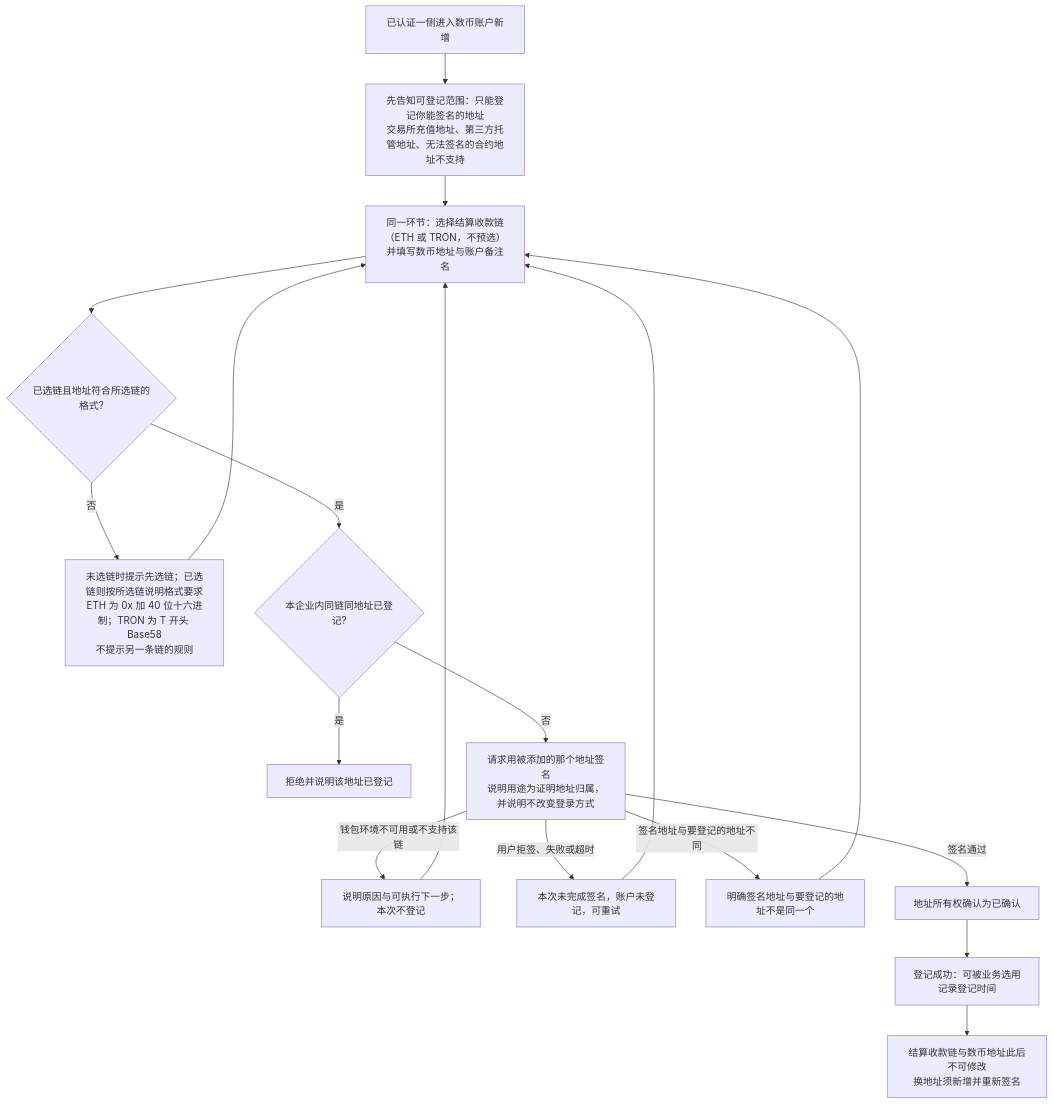
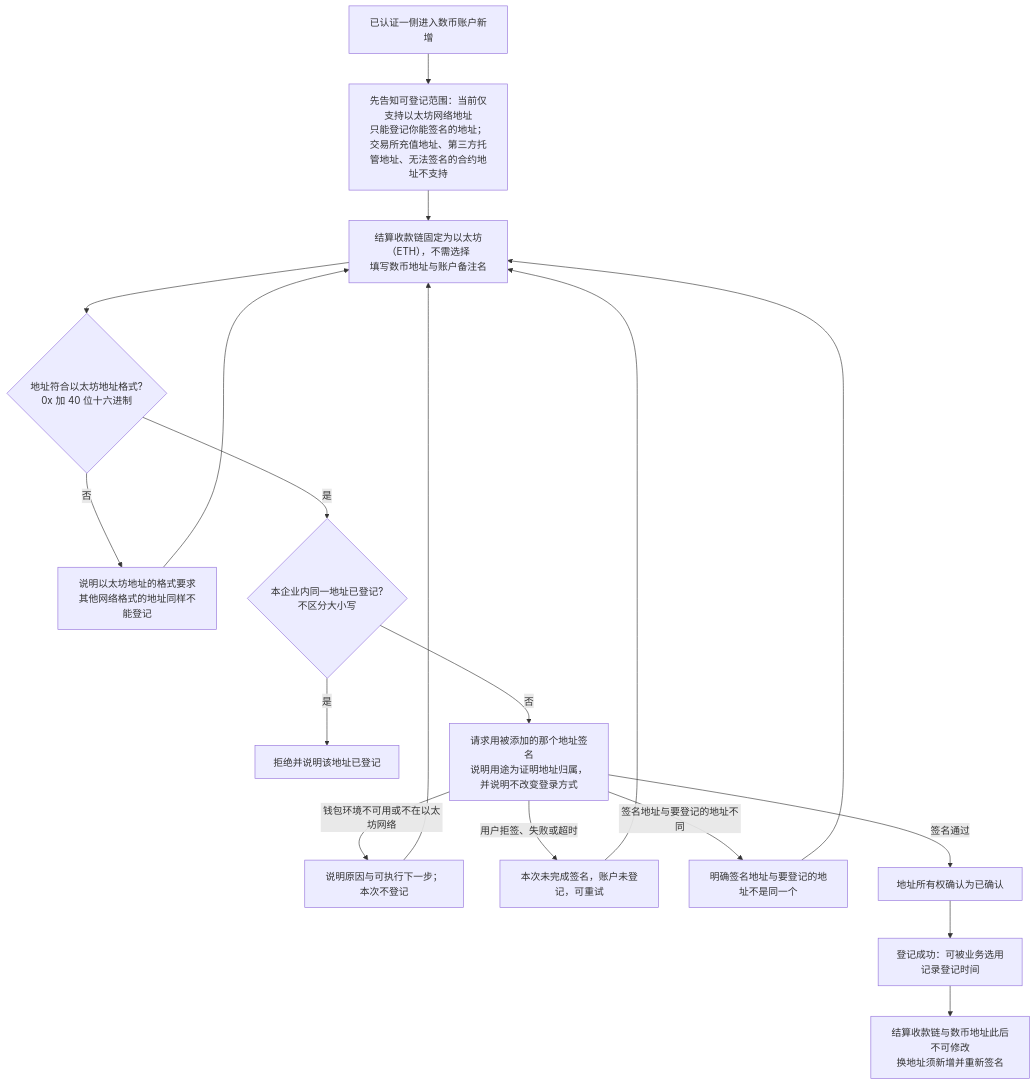
One commit to wxblockchain/Chain-Financing changed the third of 7 diagrams in lending-platform/PRD/面客端/03-企业账户/02-企业账户-流程图与状态机.md. Above: the diagram before and after it, drawn with Mermaid. The commit also changed other lines of this file and 4 other files, not shown here.

````diff
--- a/lending-platform/PRD/面客端/03-企业账户/02-企业账户-流程图与状态机.md
+++ b/lending-platform/PRD/面客端/03-企业账户/02-企业账户-流程图与状态机.md
@@ -74,20 +74,20 @@
 ```mermaid
 flowchart TD
-    A[已认证一侧进入数币账户新增] --> B[先告知可登记范围：只能登记你能签名的地址<br/>交易所充值地址、第三方托管地址、无法签名的合约地址不支持]
-    B --> D[同一环节：选择结算收款链（ETH 或 TRON，不预选）<br/>并填写数币地址与账户备注名]
-    D --> E{已选链且地址符合所选链的格式?}
-    E -->|否| F[未选链时提示先选链；已选链则按所选链说明格式要求<br/>ETH 为 0x 加 40 位十六进制；TRON 为 T 开头 Base58<br/>不提示另一条链的规则]
+    A[已认证一侧进入数币账户新增] --> B[先告知可登记范围：当前仅支持以太坊网络地址<br/>只能登记你能签名的地址；交易所充值地址、第三方托管地址、无法签名的合约地址不支持]
+    B --> D[结算收款链固定为以太坊（ETH），不需选择<br/>填写数币地址与账户备注名]
+    D --> E{地址符合以太坊地址格式?<br/>0x 加 40 位十六进制}
+    E -->|否| F[说明以太坊地址的格式要求<br/>其他网络格式的地址同样不能登记]
     F --> D
-    E -->|是| G{本企业内同链同地址已登记?}
+    E -->|是| G{本企业内同一地址已登记?<br/>不区分大小写}
     G -->|是| H[拒绝并说明该地址已登记]
     G -->|否| I[请求用被添加的那个地址签名<br/>说明用途为证明地址归属，并说明不改变登录方式]
-    I -->|钱包环境不可用或不支持该链| J[说明原因与可执行下一步；本次不登记]
+    I -->|钱包环境不可用或不在以太坊网络| J[说明原因与可执行下一步；本次不登记]
     I -->|用户拒签、失败或超时| K[本次未完成签名，账户未登记，可重试]
     I -->|签名地址与要登记的地址不同| L[明确签名地址与要登记的地址不是同一个]
     J --> D
     K --> D
     L --> D
     I -->|签名通过| M[地址所有权确认为已确认]
     M --> N[登记成功：可被业务选用<br/>记录登记时间]
     N --> O[结算收款链与数币地址此后不可修改<br/>换地址须新增并重新签名]
 ```
````
